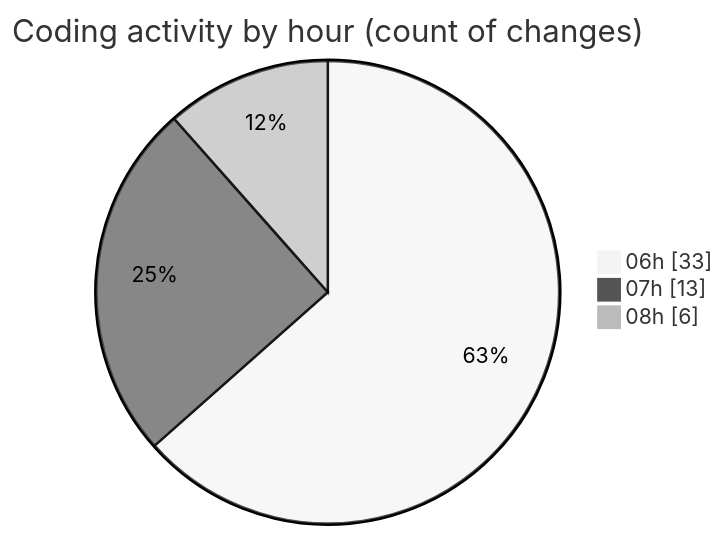
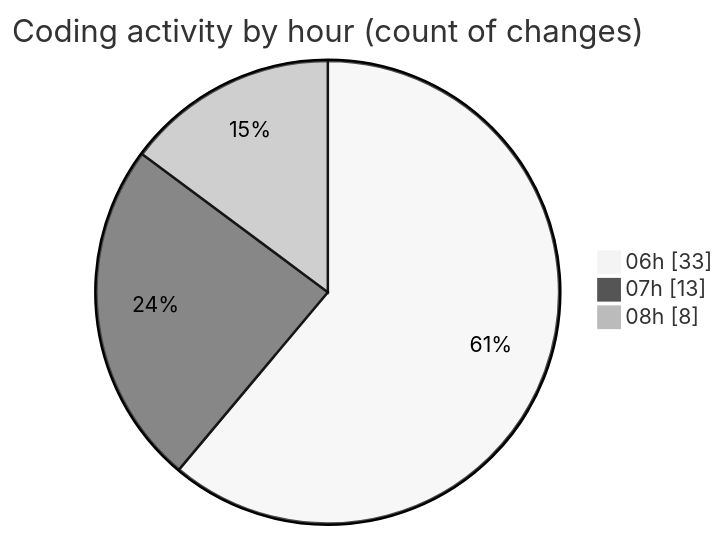
Before and after one commit to charlie-sans/code-tracking: the second of 2 diagrams in 2025-02-21/micros/README.md, drawn with Mermaid (neutral theme). The commit also changed other lines of this file and 1 other file, not shown here.

````diff
--- a/2025-02-21/micros/README.md
+++ b/2025-02-21/micros/README.md
@@ -60,7 +60,7 @@
 ```mermaid
 pie showData
 title Coding activity by hour (count of changes)
 "06h" : 33
 "07h" : 13
-"08h" : 6
+"08h" : 8
 ```
````
